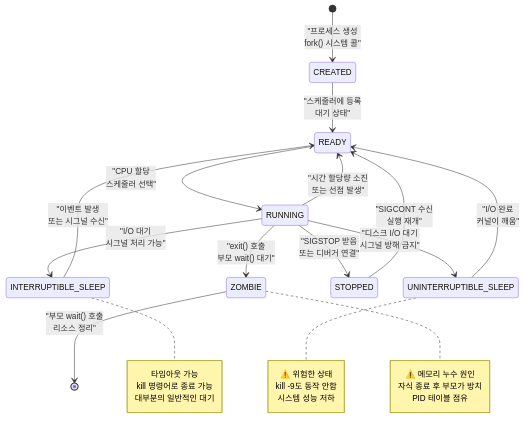
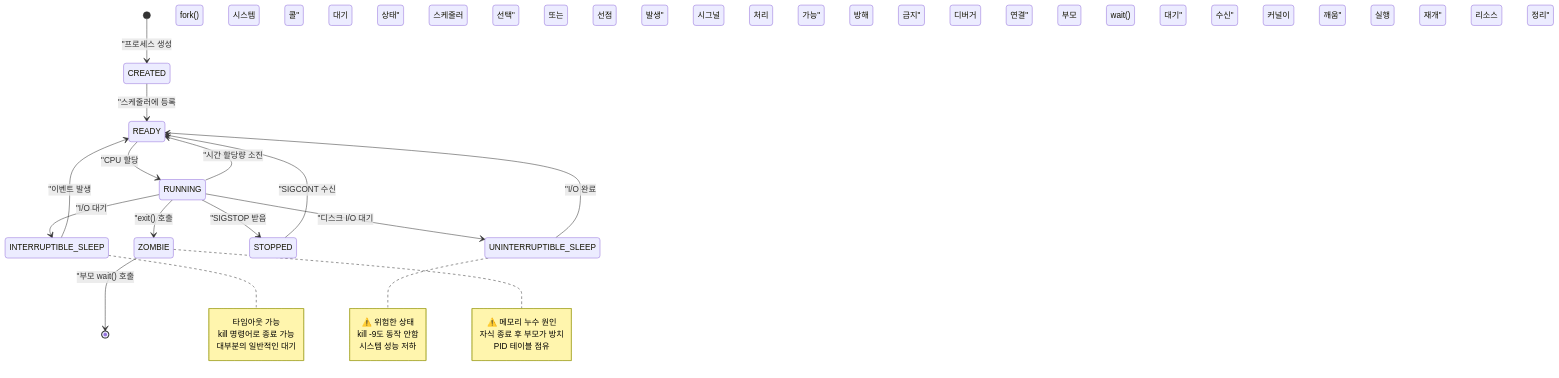
One commit to choru-k/choru-wiki changed the first of 7 diagrams in docs/cs/guide/chapter-01-process-thread/01-01-02-process-state-fundamentals.md. Above: the diagram before and after it, drawn with Mermaid. The commit also changed other lines of this file and 873 other files, not shown here.

````diff
--- a/docs/cs/guide/chapter-01-process-thread/01-01-02-process-state-fundamentals.md
+++ b/docs/cs/guide/chapter-01-process-thread/01-01-02-process-state-fundamentals.md
@@ -25,44 +25,56 @@
 ```mermaid
 stateDiagram-v2
-    [*] --> CREATED : "프로세스 생성<br/>fork() 시스템 콜"
+    [*] --> CREATED : "프로세스 생성
+fork() 시스템 콜"
     
-    CREATED --> READY : "스케줄러에 등록<br/>대기 상태"
+    CREATED --> READY : "스케줄러에 등록
+대기 상태"
     
-    READY --> RUNNING : "CPU 할당<br/>스케줄러 선택"
+    READY --> RUNNING : "CPU 할당
+스케줄러 선택"
     
-    RUNNING --> READY : "시간 할당량 소진<br/>또는 선점 발생"
+    RUNNING --> READY : "시간 할당량 소진
+또는 선점 발생"
     
-    RUNNING --> INTERRUPTIBLE_SLEEP : "I/O 대기<br/>시그널 처리 가능"
+    RUNNING --> INTERRUPTIBLE_SLEEP : "I/O 대기
+시그널 처리 가능"
     
-    RUNNING --> UNINTERRUPTIBLE_SLEEP : "디스크 I/O 대기<br/>시그널 방해 금지"
+    RUNNING --> UNINTERRUPTIBLE_SLEEP : "디스크 I/O 대기
+시그널 방해 금지"
     
-    RUNNING --> STOPPED : "SIGSTOP 받음<br/>또는 디버거 연결"
+    RUNNING --> STOPPED : "SIGSTOP 받음
+또는 디버거 연결"
     
-    RUNNING --> ZOMBIE : "exit() 호출<br/>부모 wait() 대기"
+    RUNNING --> ZOMBIE : "exit() 호출
+부모 wait() 대기"
     
-    INTERRUPTIBLE_SLEEP --> READY : "이벤트 발생<br/>또는 시그널 수신"
+    INTERRUPTIBLE_SLEEP --> READY : "이벤트 발생
+또는 시그널 수신"
     
-    UNINTERRUPTIBLE_SLEEP --> READY : "I/O 완료<br/>커널이 깨움"
+    UNINTERRUPTIBLE_SLEEP --> READY : "I/O 완료
+커널이 깨움"
     
-    STOPPED --> READY : "SIGCONT 수신<br/>실행 재개"
+    STOPPED --> READY : "SIGCONT 수신
+실행 재개"
     
-    ZOMBIE --> [*] : "부모 wait() 호출<br/>리소스 정리"
+    ZOMBIE --> [*] : "부모 wait() 호출
+리소스 정리"
     
     note right of INTERRUPTIBLE_SLEEP
         타임아웃 가능
         kill 명령어로 종료 가능
         대부분의 일반적인 대기
     end note
     
     note right of UNINTERRUPTIBLE_SLEEP
         ⚠️ 위험한 상태
         kill -9도 동작 안함
         시스템 성능 저하
     end note
     
     note right of ZOMBIE
         ⚠️ 메모리 누수 원인
         자식 종료 후 부모가 방치
         PID 테이블 점유
     end note
 ```
````
